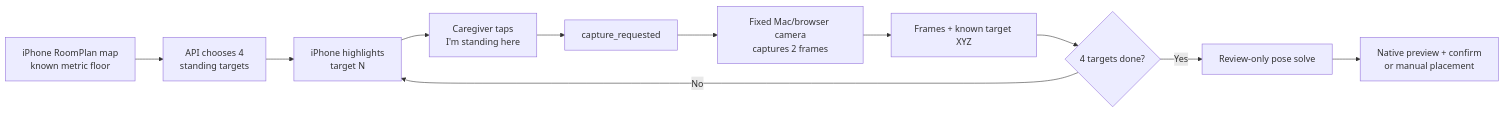
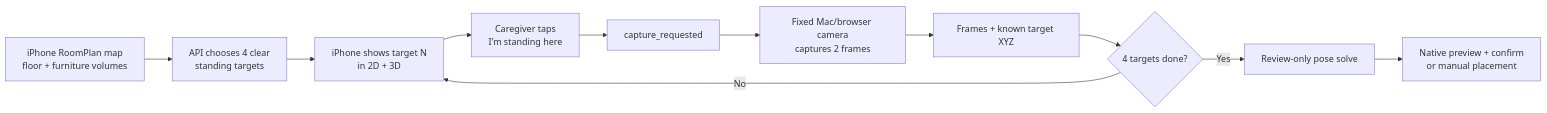
Before and after one commit to 0xbiel/one-docs: the fifth of 13 diagrams in pages/architecture/lidar-mapping-visual-guide.md, drawn with Mermaid. The commit also changed other lines of this file and 1 other file, not shown here.

Commit message:
Document clear-floor calibration guidance

````diff
--- a/pages/architecture/lidar-mapping-visual-guide.md
+++ b/pages/architecture/lidar-mapping-visual-guide.md
@@ -161,13 +167,13 @@
 ```mermaid
 flowchart LR
-    lidar["iPhone RoomPlan map<br/>known metric floor"] --> targets["API chooses 4<br/>standing targets"]
-    targets --> phone["iPhone highlights<br/>target N"]
+    lidar["iPhone RoomPlan map<br/>floor + furniture volumes"] --> targets["API chooses 4 clear<br/>standing targets"]
+    targets --> phone["iPhone shows target N<br/>in 2D + 3D"]
     phone --> ready["Caregiver taps<br/>I'm standing here"]
     ready --> command["capture_requested"]
     command --> mac["Fixed Mac/browser camera<br/>captures 2 frames"]
     mac --> anchors["Frames + known target XYZ"]
     anchors --> repeat{"4 targets done?"}
     repeat -->|"No"| phone
     repeat -->|"Yes"| solve["Review-only pose solve"]
     solve --> review["Native preview + confirm<br/>or manual placement"]
 ```
````
